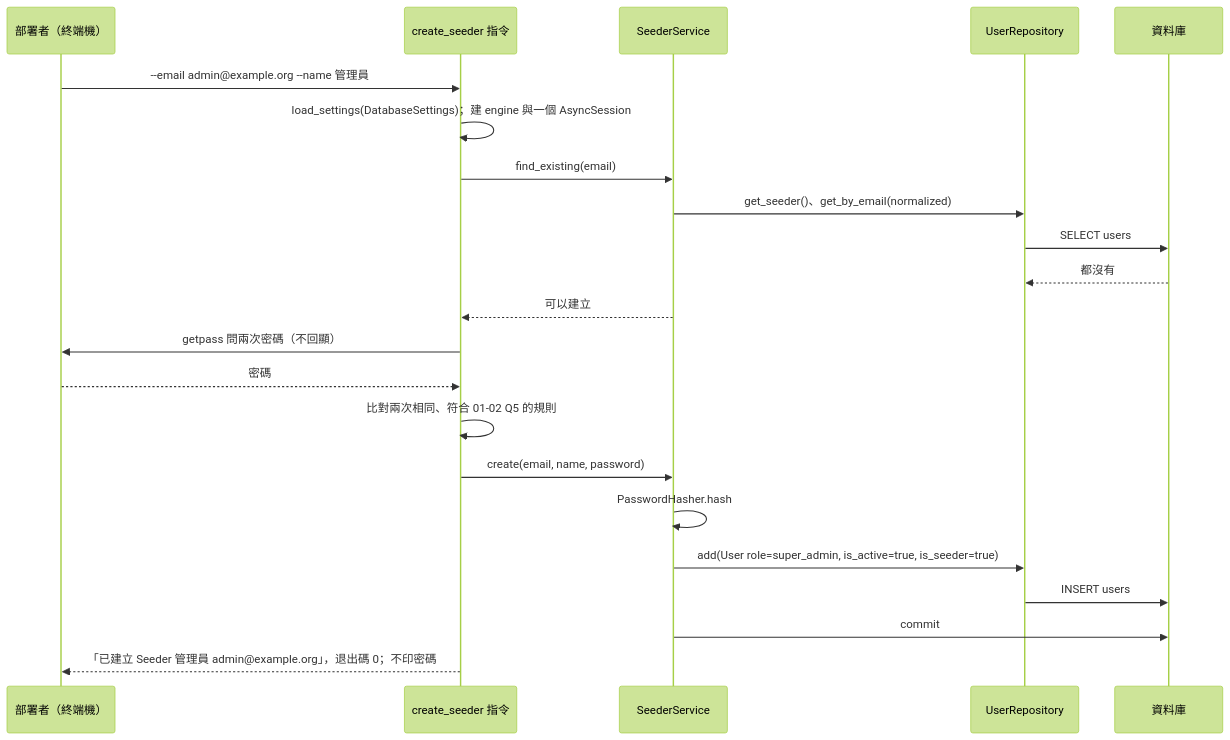
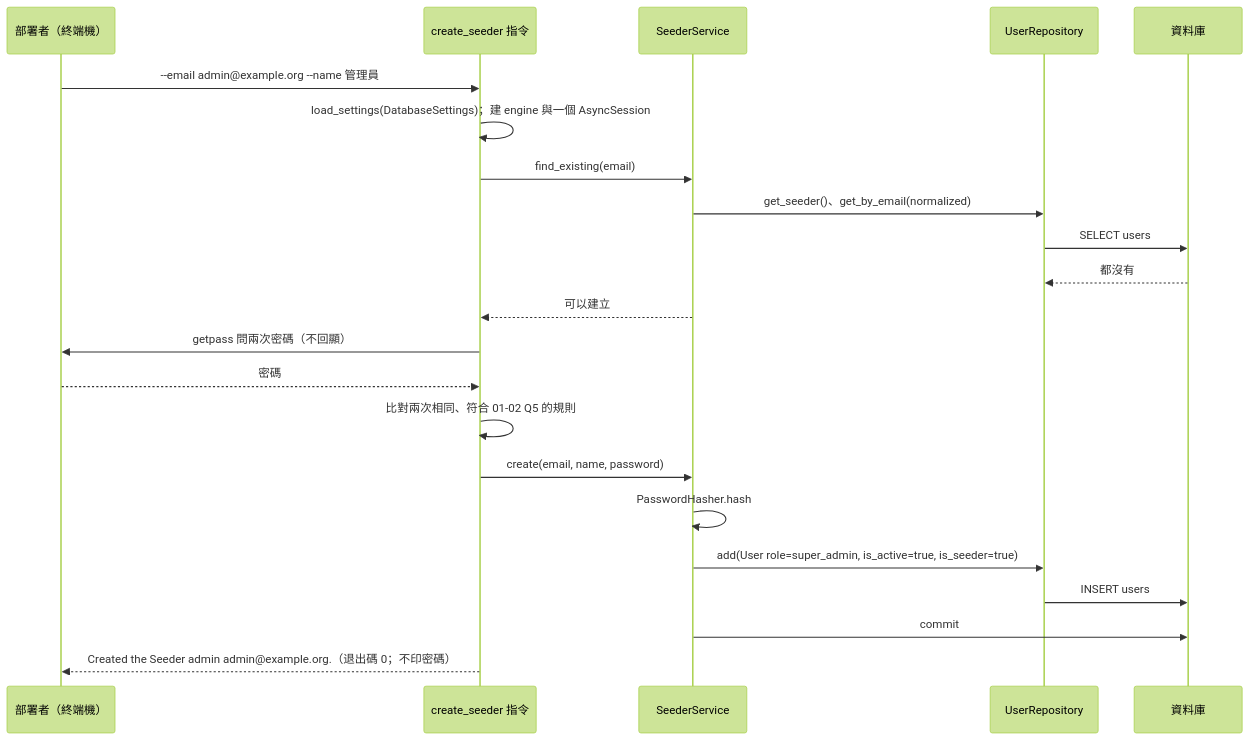
Diagram 31 of 33 in openspec/changes/login-auth-guard/system-design.md (label-suite/label-suite), drawn with Mermaid (forest theme) before and after one commit. The commit also changed other lines of this file and 2 other files, not shown here.

````diff
--- a/openspec/changes/login-auth-guard/system-design.md
+++ b/openspec/changes/login-auth-guard/system-design.md
@@ -1053,24 +1058,24 @@
 ```mermaid
 sequenceDiagram
   participant D as 部署者（終端機）
   participant X as create_seeder 指令
   participant S as SeederService
   participant U as UserRepository
   participant DB as 資料庫
   D->>X: --email admin@example.org --name 管理員
   X->>X: load_settings(DatabaseSettings)；建 engine 與一個 AsyncSession
   X->>S: find_existing(email)
   S->>U: get_seeder()、get_by_email(normalized)
   U->>DB: SELECT users
   DB-->>U: 都沒有
   S-->>X: 可以建立
   X->>D: getpass 問兩次密碼（不回顯）
   D-->>X: 密碼
   X->>X: 比對兩次相同、符合 01-02 Q5 的規則
   X->>S: create(email, name, password)
   S->>S: PasswordHasher.hash
   S->>U: add(User role=super_admin, is_active=true, is_seeder=true)
   U->>DB: INSERT users
   S->>DB: commit
-  X-->>D: 「已建立 Seeder 管理員 admin@example.org」，退出碼 0；不印密碼
+  X-->>D: Created the Seeder admin admin@example.org.（退出碼 0；不印密碼）
 ```
````
